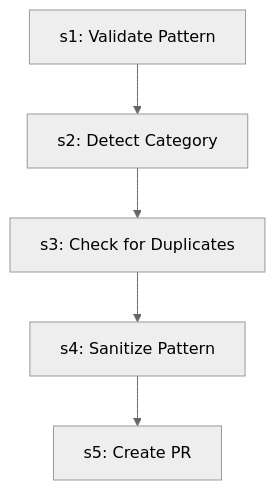
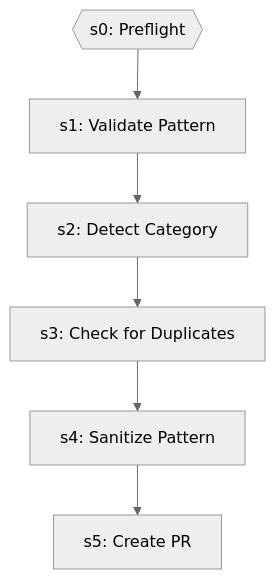
Before and after one commit to abhayla/claude-best-practices: the third of 5 diagrams in docs/workflows/hub-sync.md, drawn with Mermaid (neutral theme). The commit also changed other lines of this file and 13 other files, not shown here.

````diff
--- a/docs/workflows/hub-sync.md
+++ b/docs/workflows/hub-sync.md
@@ -152,12 +156,14 @@
 ```mermaid
 graph TD
+    s0{{s0: Preflight}}
     s1["s1: Validate Pattern"]
+    s0 --> s1
     s2["s2: Detect Category"]
     s1 --> s2
     s3["s3: Check for Duplicates"]
     s2 --> s3
     s4["s4: Sanitize Pattern"]
     s3 --> s4
     s5["s5: Create PR"]
     s4 --> s5
 ```
````
